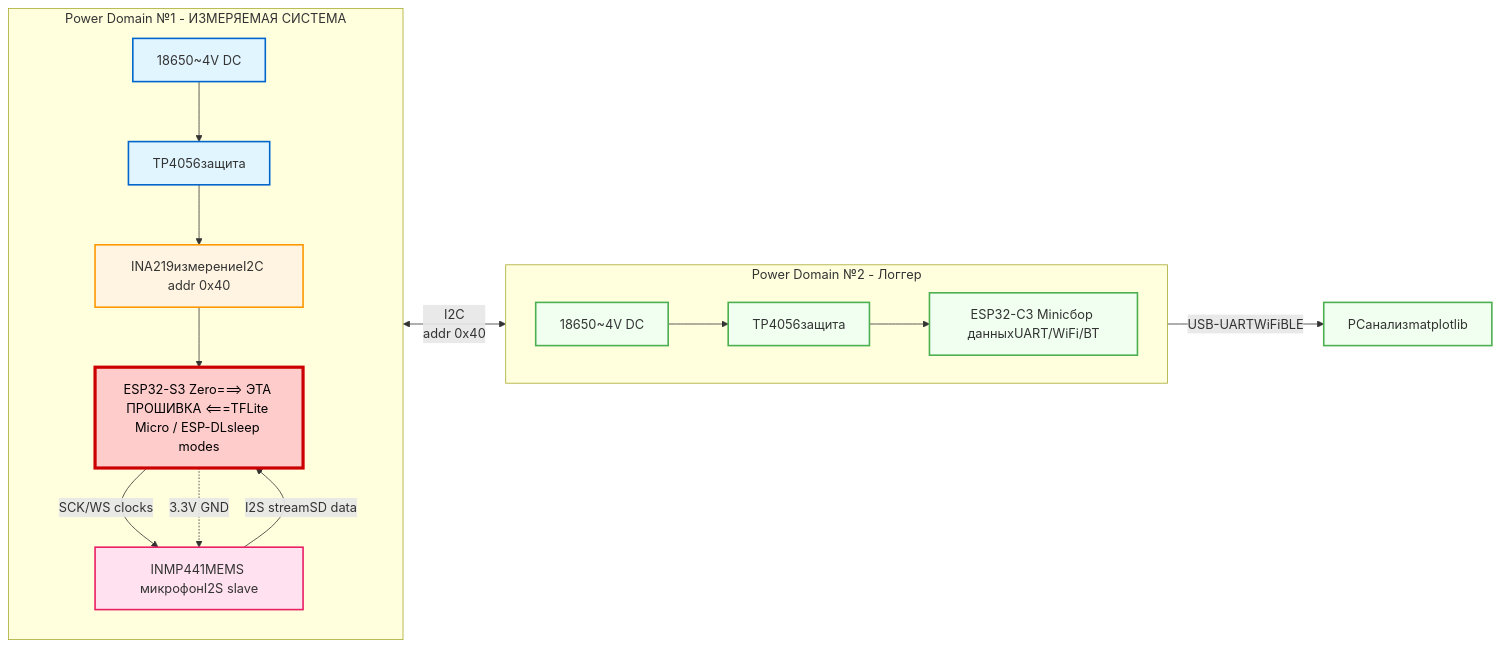
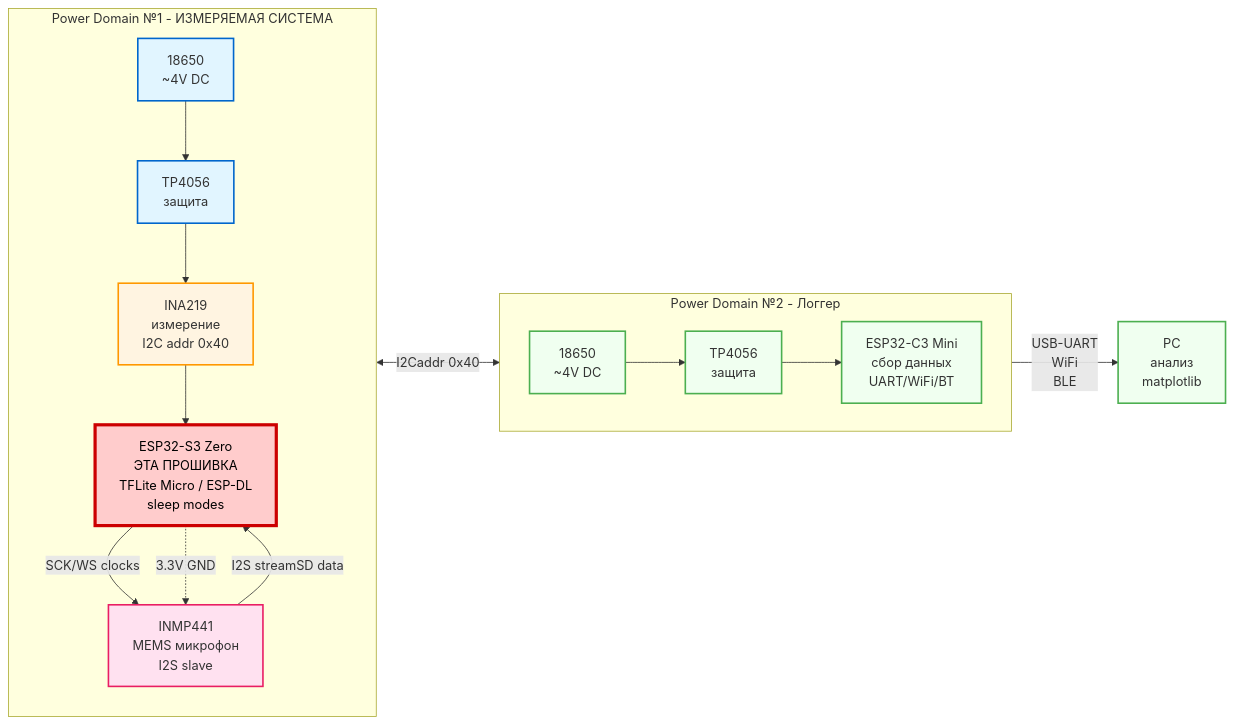
Before and after one commit to worthant/edge-ai-voice-recognition: the diagram in README.md, drawn with Mermaid. The commit also changed other lines of this file, not shown here.

Commit message:
:ledger: docs(readme): Enhance mermaid diagram

````diff
--- a/README.md
+++ b/README.md
@@ -27,51 +33,51 @@
 ```mermaid
 ---
 config:
   layout: dagre
 ---
 flowchart LR
     subgraph system1["Power Domain №1 - ИЗМЕРЯЕМАЯ СИСТЕМА"]
         direction TB
-        BAT1["18650~4V DC"]
-        TP1["TP4056защита"]
-        INA["INA219измерениеI2C addr 0x40"]
-        S3["ESP32-S3 Zero===> ЭТА ПРОШИВКА <===TFLite Micro / ESP-DLsleep modes"]
-        MIC["INMP441MEMS микрофонI2S slave"]
+        BAT1["18650<br>~4V DC"]
+        TP1["TP4056<br>защита"]
+        INA["INA219<br>измерение<br>I2C addr 0x40"]
+        S3["ESP32-S3 Zero<br>ЭТА ПРОШИВКА<br>TFLite Micro / ESP-DL<br>sleep modes"]
+        MIC["INMP441<br>MEMS микрофон<br>I2S slave"]
     end
 
     subgraph system2["Power Domain №2 - Логгер"]
         direction LR
-        BAT2["18650~4V DC"]
-        TP2["TP4056защита"]
-        C3["ESP32-C3 Miniсбор данныхUART/WiFi/BT"]
+        BAT2["18650<br>~4V DC"]
+        TP2["TP4056<br>защита"]
+        C3["ESP32-C3 Mini<br>сбор данных<br>UART/WiFi/BT"]
     end
 
     BAT1 --> TP1
     TP1 --> INA
     INA --> S3
-    MIC -->|I2S streamSD data| S3
-    S3 -->|SCK/WS clocks| MIC
-    S3 -.->|3.3V GND| MIC
+    MIC -->|"I2S streamSD data"| S3
+    S3 -->|"SCK/WS clocks"| MIC
+    S3 -.->|"3.3V GND"| MIC
 
     BAT2 --> TP2
     TP2 --> C3
-    INA <-->|"I2C<br>addr 0x40"| C3
+    INA <-- "I2Caddr 0x40" --> C3
 
-    C3 -->|USB-UARTWiFiBLE| PC["PCанализmatplotlib"]
+    C3 -->|"USB-UART<br>WiFi<br>BLE"| PC["PC<br>анализ<br>matplotlib"]
 
     BAT1:::powerDomain
     TP1:::powerDomain
     INA:::sensor
     S3:::target
     MIC:::audio
     BAT2:::logger
     TP2:::logger
     C3:::logger
     PC:::logger
 
     classDef powerDomain fill:#e1f5ff,stroke:#0066cc,stroke-width:2px
     classDef sensor fill:#fff4e1,stroke:#ff9800,stroke-width:2px
     classDef logger fill:#f0fff0,stroke:#4caf50,stroke-width:2px
     classDef audio fill:#ffe1f0,stroke:#e91e63,stroke-width:2px
     classDef target fill:#ffcccc,stroke:#cc0000,stroke-width:4px,color:#000
 ```
````
